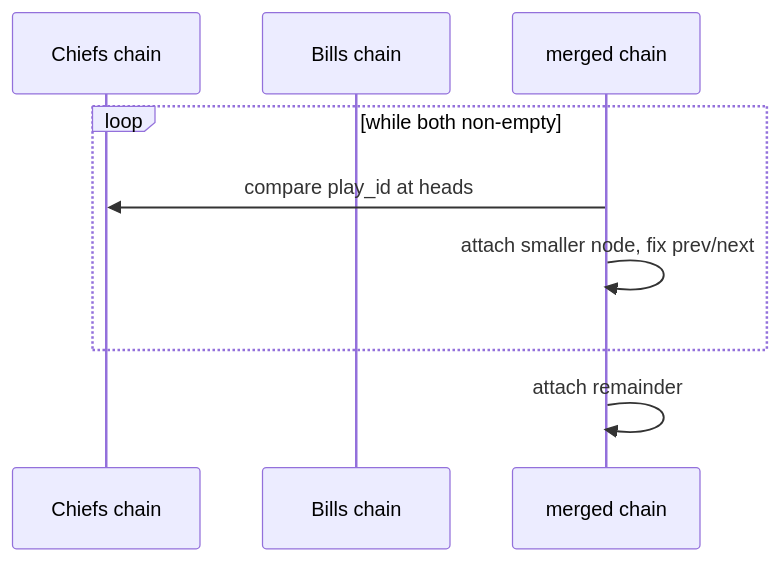
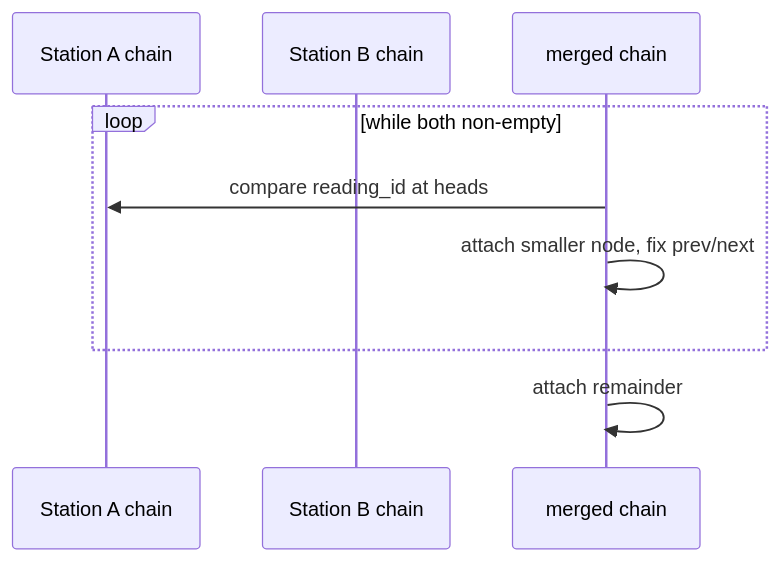
Before and after one commit to qgjones9/python-programming-guide: the ninth of 10 diagrams in docs/dsa/data-structures/doubly-linked-list/index.md, drawn with Mermaid. The commit also changed other lines of this file and 6 other files, not shown here.

````diff
--- a/docs/dsa/data-structures/doubly-linked-list/index.md
+++ b/docs/dsa/data-structures/doubly-linked-list/index.md
@@ -1046,11 +1075,11 @@
 ```mermaid
 sequenceDiagram
-  participant A as Chiefs chain
-  participant B as Bills chain
+  participant A as Station A chain
+  participant B as Station B chain
   participant M as merged chain
   loop while both non-empty
-    M->>A: compare play_id at heads
+    M->>A: compare reading_id at heads
     M->>M: attach smaller node, fix prev/next
   end
   M->>M: attach remainder
 ```
````
